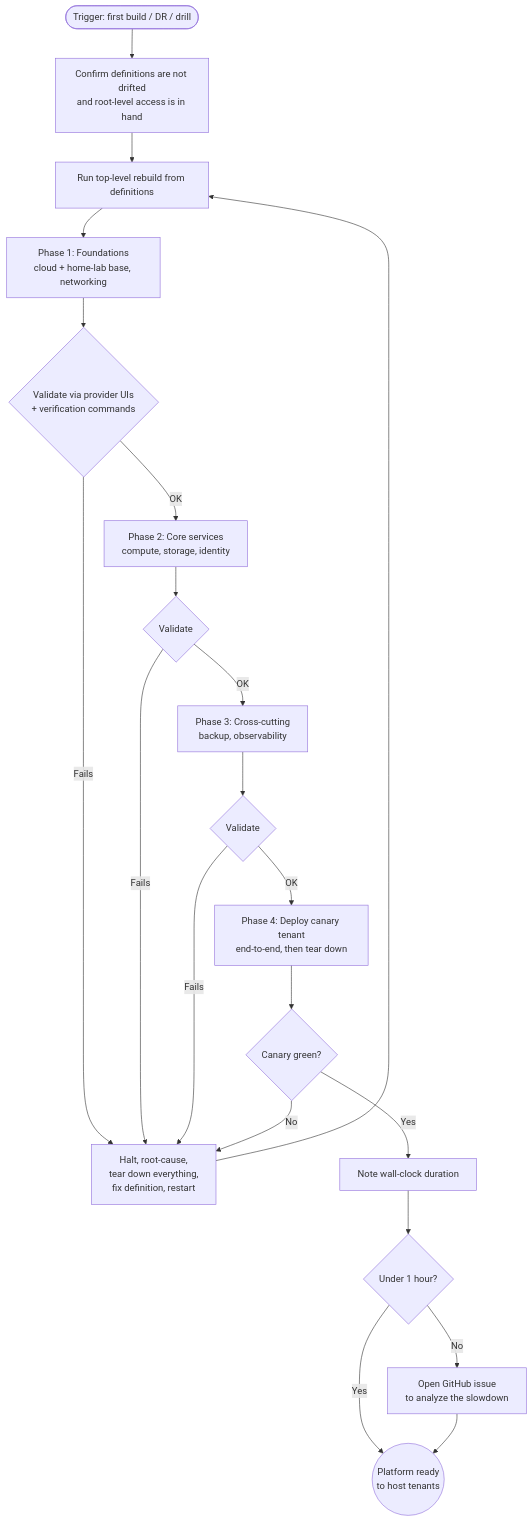
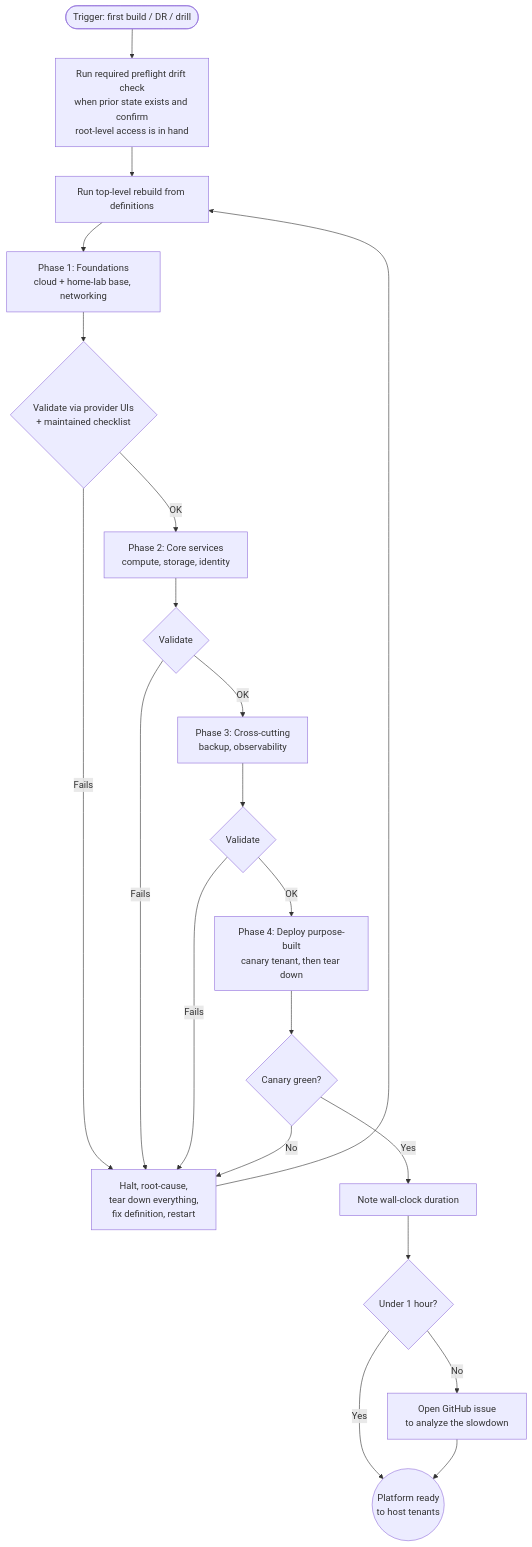
One commit to Zaba505/infra changed the diagram in docs/content/capabilities/self-hosted-application-platform/user-experiences/stand-up-the-platform.md. Above: the diagram before and after it, drawn with Mermaid. The commit also changed other lines of this file, not shown here.

````diff
--- a/docs/content/capabilities/self-hosted-application-platform/user-experiences/stand-up-the-platform.md
+++ b/docs/content/capabilities/self-hosted-application-platform/user-experiences/stand-up-the-platform.md
@@ -93,23 +93,23 @@
 ```mermaid
 flowchart TD
-    Start([Trigger: first build / DR / drill]) --> Confirm[Confirm definitions are not drifted<br/>and root-level access is in hand]
+    Start([Trigger: first build / DR / drill]) --> Confirm[Run required preflight drift check<br/>when prior state exists and confirm<br/>root-level access is in hand]
     Confirm --> Kickoff[Run top-level rebuild from definitions]
     Kickoff --> P1[Phase 1: Foundations<br/>cloud + home-lab base, networking]
-    P1 --> V1{Validate via provider UIs<br/>+ verification commands}
+    P1 --> V1{Validate via provider UIs<br/>+ maintained checklist}
     V1 -->|Fails| Halt[Halt, root-cause,<br/>tear down everything,<br/>fix definition, restart]
     V1 -->|OK| P2[Phase 2: Core services<br/>compute, storage, identity]
     P2 --> V2{Validate}
     V2 -->|Fails| Halt
     V2 -->|OK| P3[Phase 3: Cross-cutting<br/>backup, observability]
     P3 --> V3{Validate}
     V3 -->|Fails| Halt
-    V3 -->|OK| Canary[Phase 4: Deploy canary tenant<br/>end-to-end, then tear down]
+    V3 -->|OK| Canary[Phase 4: Deploy purpose-built<br/>canary tenant, then tear down]
     Canary --> CanaryGreen{Canary green?}
     CanaryGreen -->|No| Halt
     CanaryGreen -->|Yes| Wallclock[Note wall-clock duration]
     Wallclock --> KPI{Under 1 hour?}
     KPI -->|Yes| Ready((Platform ready<br/>to host tenants))
     KPI -->|No| Issue[Open GitHub issue<br/>to analyze the slowdown]
     Issue --> Ready
     Halt --> Kickoff
 ```
````
